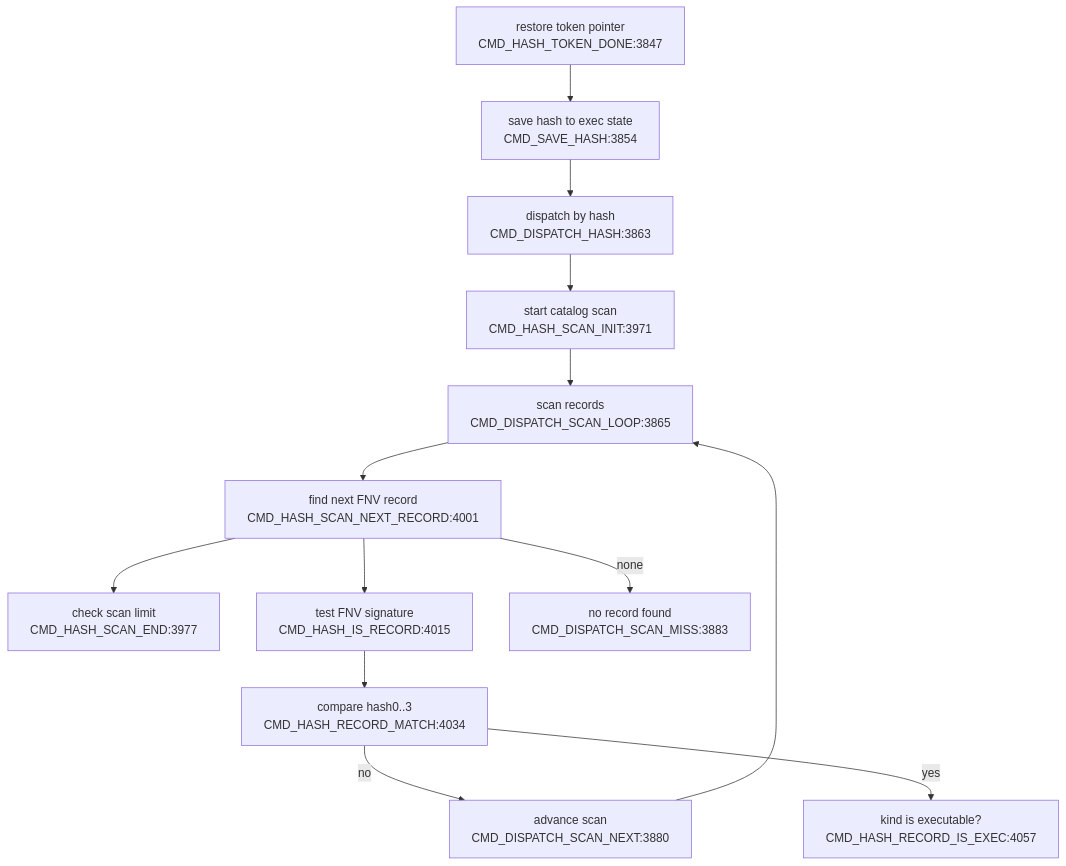
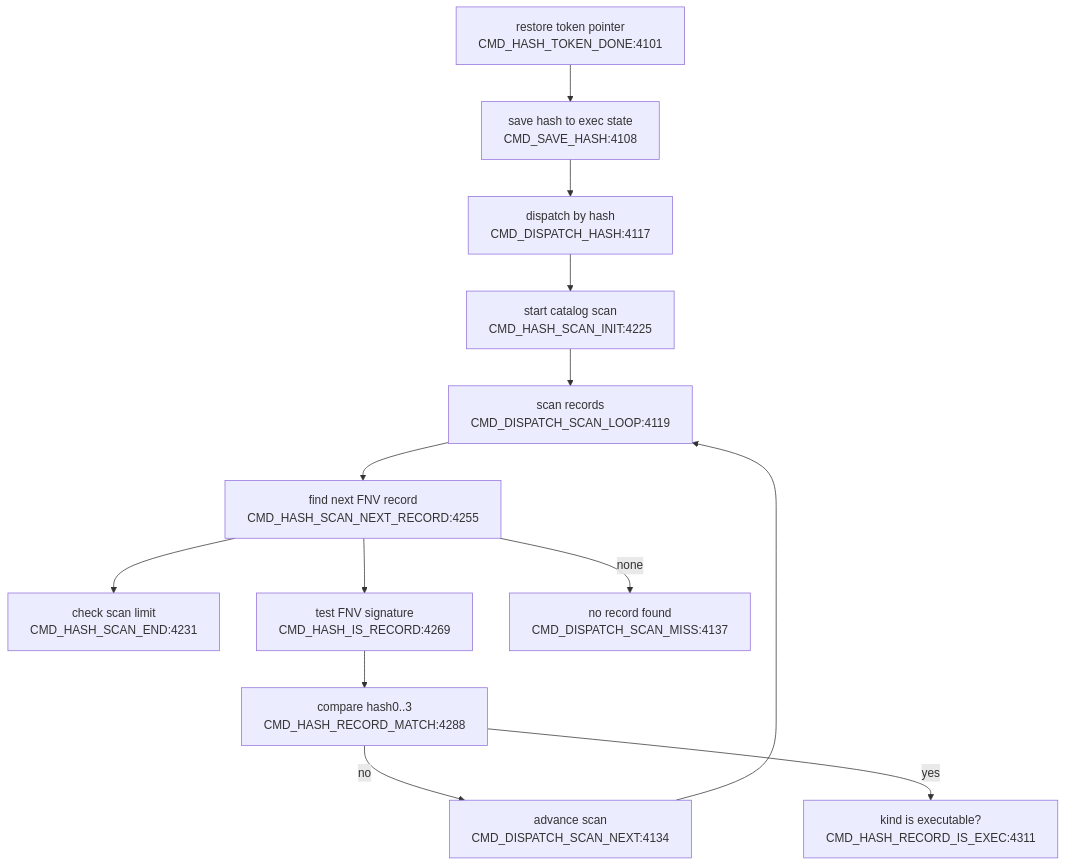
Before and after one commit to 95westus/R-YORS: the third of 4 diagrams in DOC/GENERATED/CMD_FLOW_MAP.md, drawn with Mermaid. The commit also changed other lines of this file and 25 other files, not shown here.

````diff
--- a/DOC/GENERATED/CMD_FLOW_MAP.md
+++ b/DOC/GENERATED/CMD_FLOW_MAP.md
@@ -40,15 +40,15 @@
 ```mermaid
 flowchart TD
-    DONE["restore token pointer<br/>CMD_HASH_TOKEN_DONE:3847"] --> SAVEHASH["save hash to exec state<br/>CMD_SAVE_HASH:3854"]
-    SAVEHASH --> DISPATCH["dispatch by hash<br/>CMD_DISPATCH_HASH:3863"]
-    DISPATCH --> SCANINIT["start catalog scan<br/>CMD_HASH_SCAN_INIT:3971"]
-    SCANINIT --> SCANLOOP["scan records<br/>CMD_DISPATCH_SCAN_LOOP:3865"]
-    SCANLOOP --> NEXTREC["find next FNV record<br/>CMD_HASH_SCAN_NEXT_RECORD:4001"]
-    NEXTREC --> ENDCHK["check scan limit<br/>CMD_HASH_SCAN_END:3977"]
-    NEXTREC --> ISREC["test FNV signature<br/>CMD_HASH_IS_RECORD:4015"]
-    NEXTREC -->|none| MISS["no record found<br/>CMD_DISPATCH_SCAN_MISS:3883"]
-    ISREC --> MATCH["compare hash0..3<br/>CMD_HASH_RECORD_MATCH:4034"]
-    MATCH -->|no| ADV["advance scan<br/>CMD_DISPATCH_SCAN_NEXT:3880"]
+    DONE["restore token pointer<br/>CMD_HASH_TOKEN_DONE:4101"] --> SAVEHASH["save hash to exec state<br/>CMD_SAVE_HASH:4108"]
+    SAVEHASH --> DISPATCH["dispatch by hash<br/>CMD_DISPATCH_HASH:4117"]
+    DISPATCH --> SCANINIT["start catalog scan<br/>CMD_HASH_SCAN_INIT:4225"]
+    SCANINIT --> SCANLOOP["scan records<br/>CMD_DISPATCH_SCAN_LOOP:4119"]
+    SCANLOOP --> NEXTREC["find next FNV record<br/>CMD_HASH_SCAN_NEXT_RECORD:4255"]
+    NEXTREC --> ENDCHK["check scan limit<br/>CMD_HASH_SCAN_END:4231"]
+    NEXTREC --> ISREC["test FNV signature<br/>CMD_HASH_IS_RECORD:4269"]
+    NEXTREC -->|none| MISS["no record found<br/>CMD_DISPATCH_SCAN_MISS:4137"]
+    ISREC --> MATCH["compare hash0..3<br/>CMD_HASH_RECORD_MATCH:4288"]
+    MATCH -->|no| ADV["advance scan<br/>CMD_DISPATCH_SCAN_NEXT:4134"]
     ADV --> SCANLOOP
-    MATCH -->|yes| EXECOK["kind is executable?<br/>CMD_HASH_RECORD_IS_EXEC:4057"]
+    MATCH -->|yes| EXECOK["kind is executable?<br/>CMD_HASH_RECORD_IS_EXEC:4311"]
 ```
````
